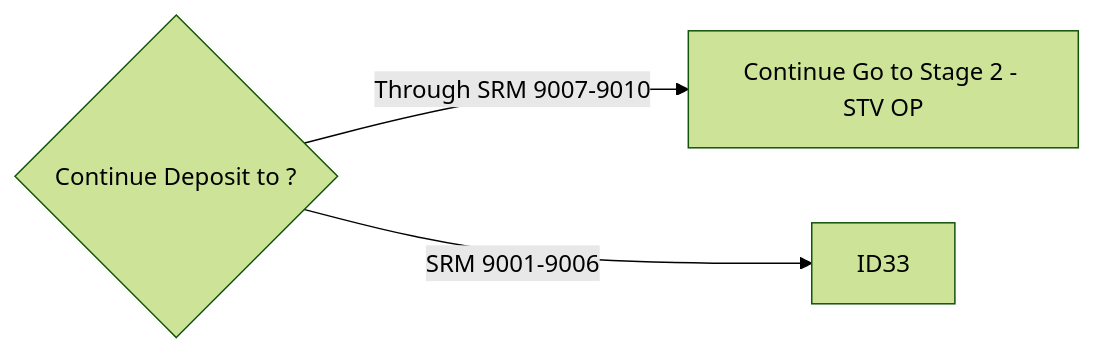
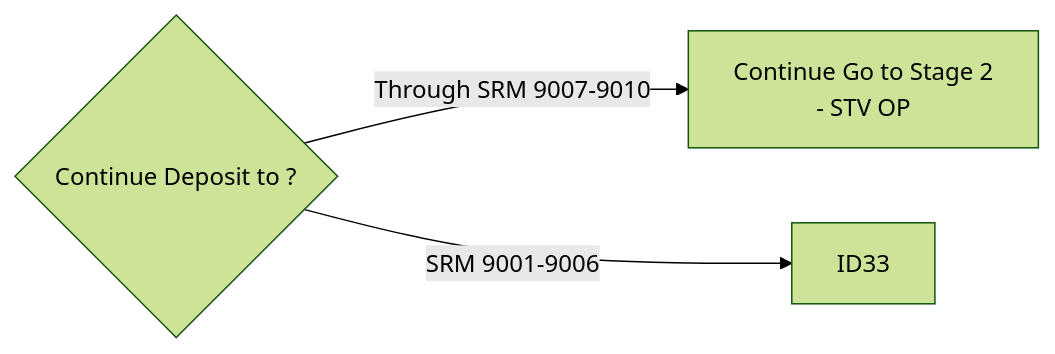
Before and after one commit to luthfiadityaa/SimeDarby-Wiki: the third of 19 diagrams in Basic-Design/DFD-WMS/Retrieval/Transfer-Setting/Ambient-to-Tempering.md, drawn with Mermaid (forest theme).

Commit message:
Updated Ambient to Tempering

```diff
--- a/Basic-Design/DFD-WMS/Retrieval/Transfer-Setting/Ambient-to-Tempering.md
+++ b/Basic-Design/DFD-WMS/Retrieval/Transfer-Setting/Ambient-to-Tempering.md
@@ -27,6 +27,7 @@
 ::: mermaid
 flowchart LR 
-Cond1{Continue Deposit to ?}-->|Through SRM 9007-9010|P1[Continue Go to Stage 2 - STV OP]
+Cond1{Continue Deposit to ?}-->|Through SRM 9007-9010|P1[Continue Go to Stage 2 
+- STV OP]
 Cond1{Continue Deposit to ?}-->|SRM 9001-9006|P2[ID33]
 
 :::
```
